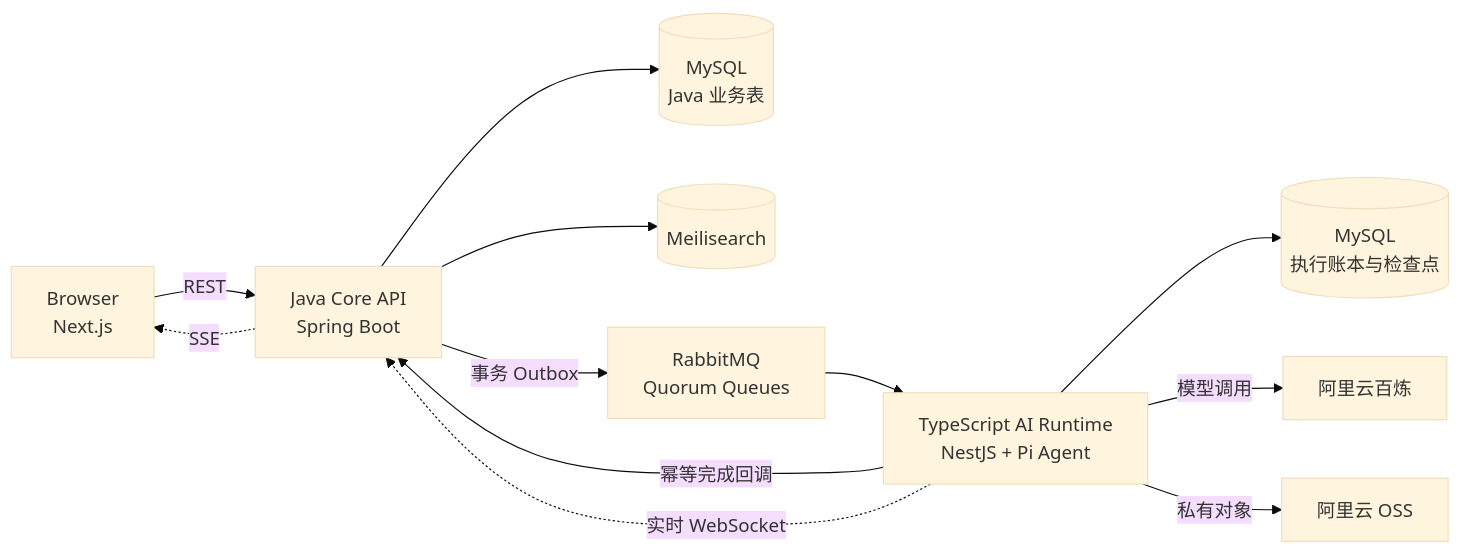
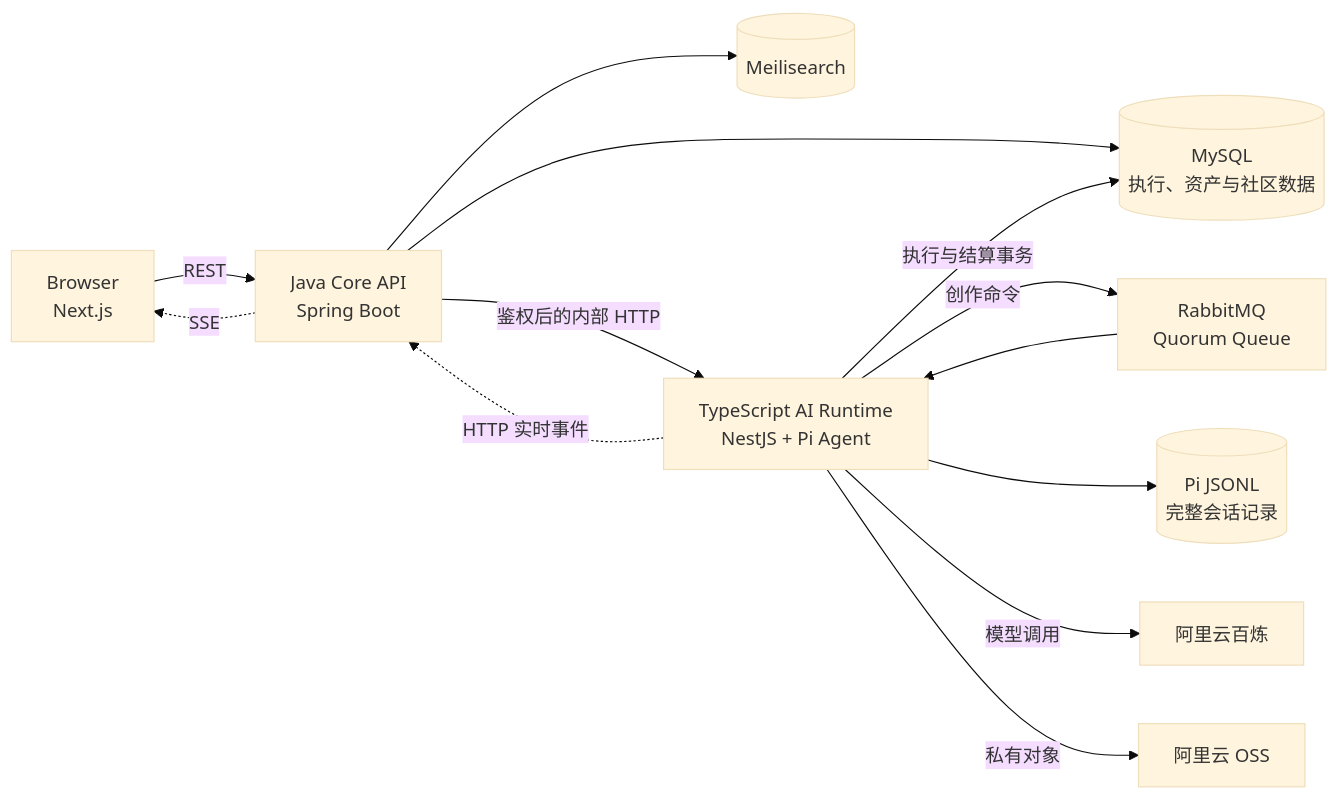
The diagram in README.md (superzheng777/AiVista), drawn with Mermaid (base theme) before and after one commit. The commit also changed other lines of this file and 314 other files, not shown here.

````diff
--- a/README.md
+++ b/README.md
@@ -94,14 +94,15 @@
 ```mermaid
 flowchart LR
     browser["Browser<br/>Next.js"] -->|"REST"| core["Java Core API<br/>Spring Boot"]
-    core --> business[("MySQL<br/>Java 业务表")]
+    core --> business[("MySQL<br/>执行、资产与社区数据")]
     core --> search[("Meilisearch")]
-    core -->|"事务 Outbox"| rabbit["RabbitMQ<br/>Quorum Queues"]
-    rabbit --> runtime["TypeScript AI Runtime<br/>NestJS + Pi Agent"]
-    runtime --> ledger[("MySQL<br/>执行账本与检查点")]
+    core -->|"鉴权后的内部 HTTP"| runtime["TypeScript AI Runtime<br/>NestJS + Pi Agent"]
+    runtime -->|"创作命令"| rabbit["RabbitMQ<br/>Quorum Queue"]
+    rabbit --> runtime
+    runtime -->|"执行与结算事务"| business
+    runtime --> sessions[("Pi JSONL<br/>完整会话记录")]
     runtime -->|"模型调用"| bailian["阿里云百炼"]
     runtime -->|"私有对象"| oss["阿里云 OSS"]
-    runtime -->|"幂等完成回调"| core
-    runtime -. "实时 WebSocket" .-> core
+    runtime -. "HTTP 实时事件" .-> core
     core -. "SSE" .-> browser
 ```
````
